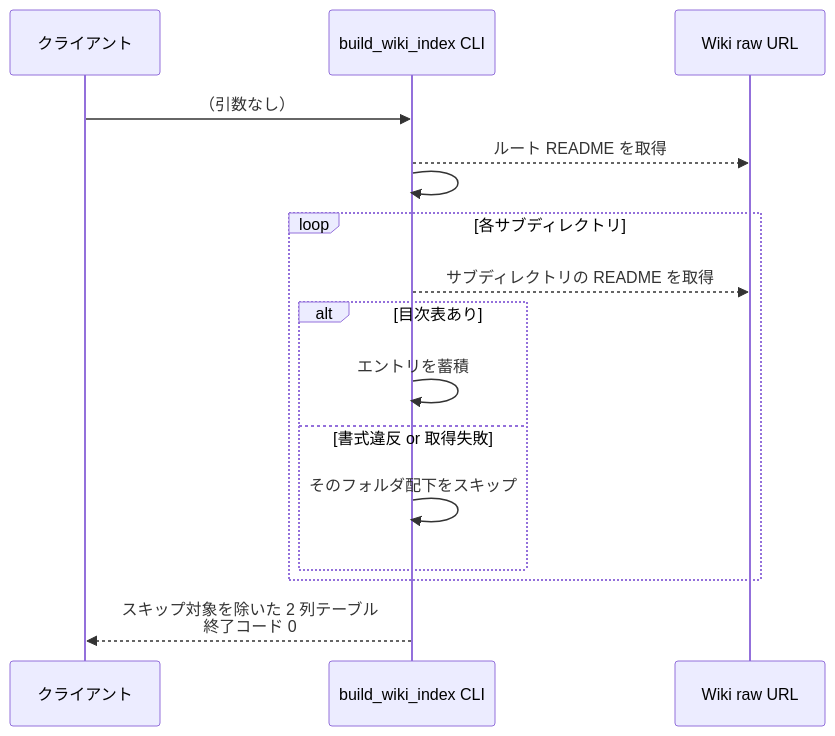
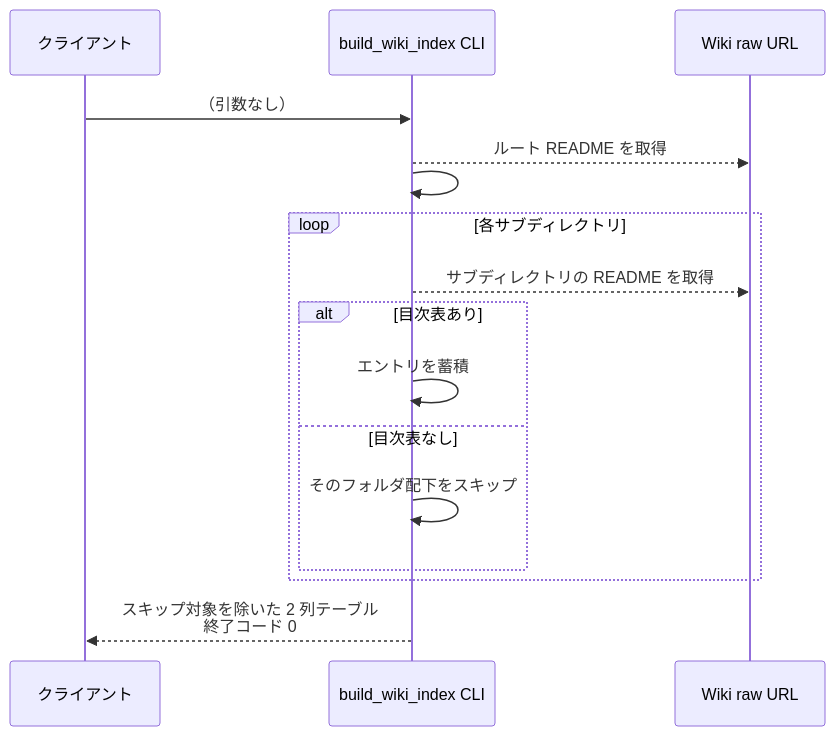
Before and after one commit to shuhei1101/ai-monitor: the third of 4 diagrams in docs/wiki/設計図/インターフェース定義/バックエンド/Wiki索引注入.py.md, drawn with Mermaid. The commit also changed other lines of this file and 80 other files, not shown here.

````diff
--- a/docs/wiki/設計図/インターフェース定義/バックエンド/Wiki索引注入.py.md
+++ b/docs/wiki/設計図/インターフェース定義/バックエンド/Wiki索引注入.py.md
@@ -149,19 +149,19 @@
 ```mermaid
 sequenceDiagram
   participant C as クライアント
   participant IF as build_wiki_index CLI
   participant GH as Wiki raw URL
 
   C->>IF: （引数なし）
   IF-->>GH: ルート README を取得
   IF->>IF: ## 目次 表からエントリと<br>サブディレクトリを抽出
   loop 各サブディレクトリ
     IF-->>GH: サブディレクトリの README を取得
     alt 目次表あり
       IF->>IF: エントリを蓄積
-    else 書式違反 or 取得失敗
+    else 目次表なし
       IF->>IF: そのフォルダ配下をスキップ
     end
   end
   IF-->>C: スキップ対象を除いた 2 列テーブル<br>終了コード 0
 ```
````
